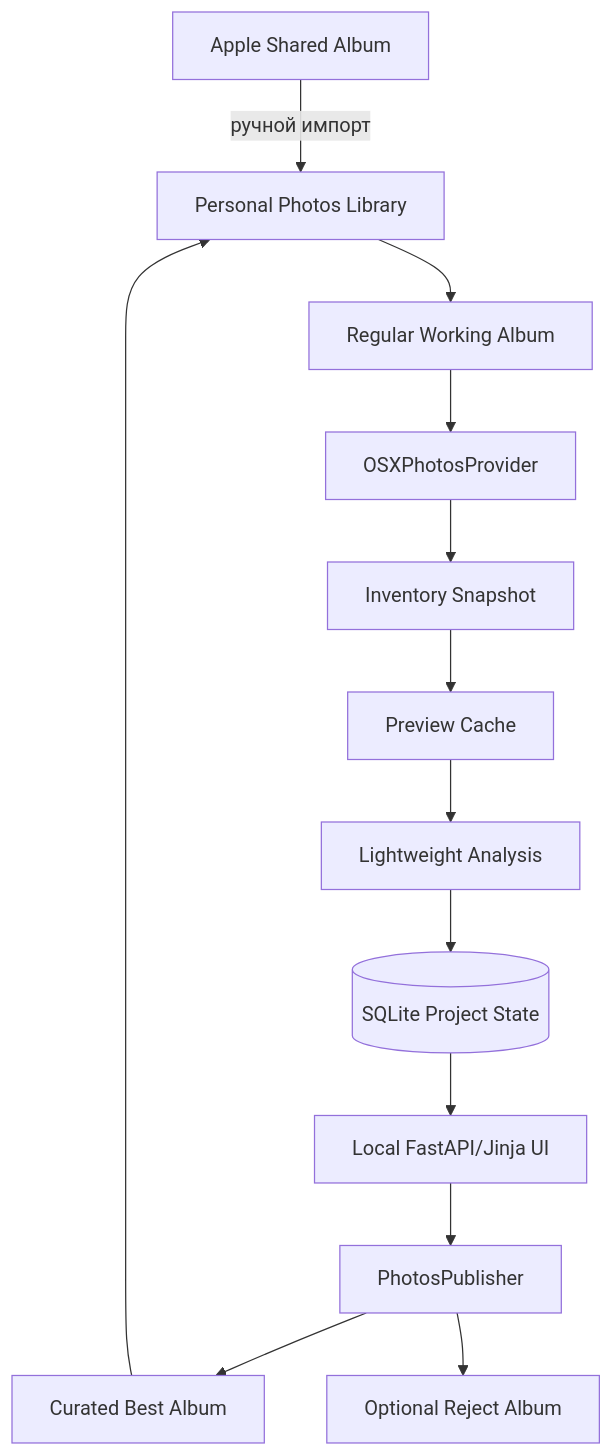
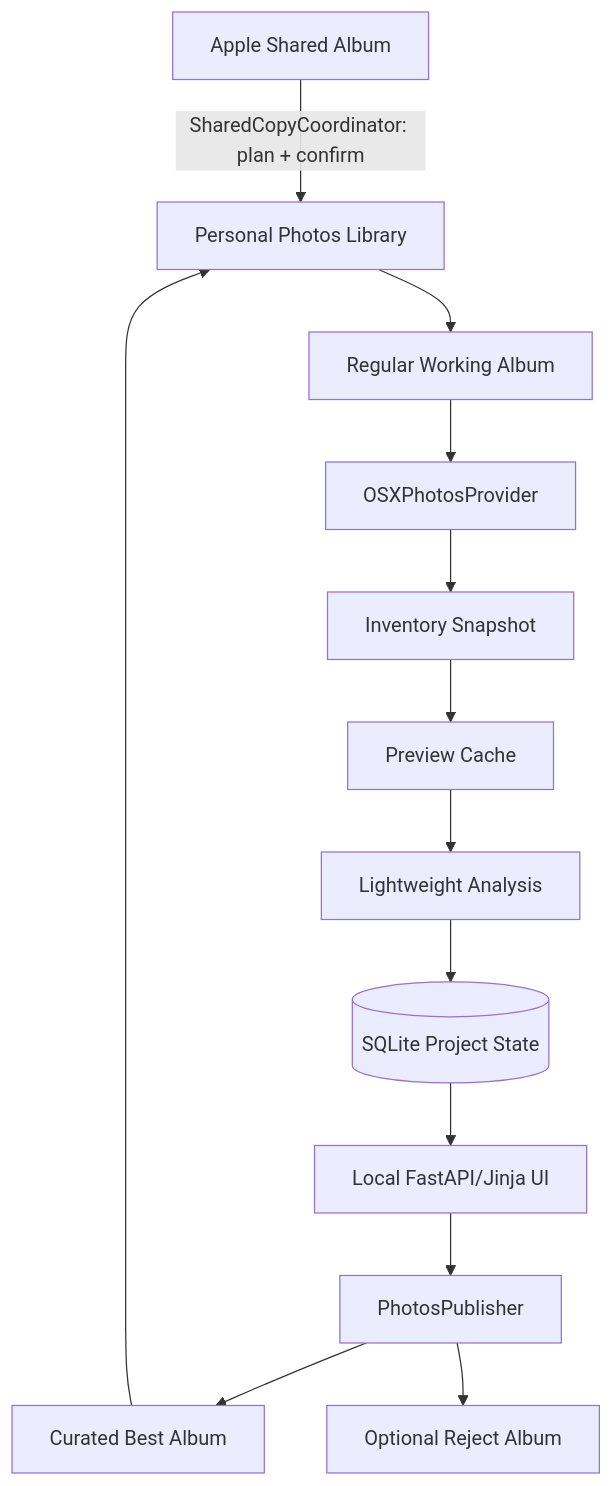
The diagram in docs/02-architecture.md (SergeyLavrentev/photo-curator), drawn with Mermaid before and after one commit. The commit also changed other lines of this file and 28 other files, not shown here.

Commit message:
feat: create shared album copies with PhotoKit

````diff
--- a/docs/02-architecture.md
+++ b/docs/02-architecture.md
@@ -5,15 +5,15 @@
 ```mermaid
 flowchart TD
-    SA[Apple Shared Album] -->|ручной импорт| PL[Personal Photos Library]
+    SA[Apple Shared Album] -->|SharedCopyCoordinator: plan + confirm| PL[Personal Photos Library]
     PL --> WA[Regular Working Album]
     WA --> OP[OSXPhotosProvider]
     OP --> INV[Inventory Snapshot]
     INV --> PC[Preview Cache]
     PC --> AN[Lightweight Analysis]
     AN --> DB[(SQLite Project State)]
     DB --> UI[Local FastAPI/Jinja UI]
     UI --> PUB[PhotosPublisher]
     PUB --> BA[Curated Best Album]
     PUB --> RA[Optional Reject Album]
     BA --> PL
 ```
````
